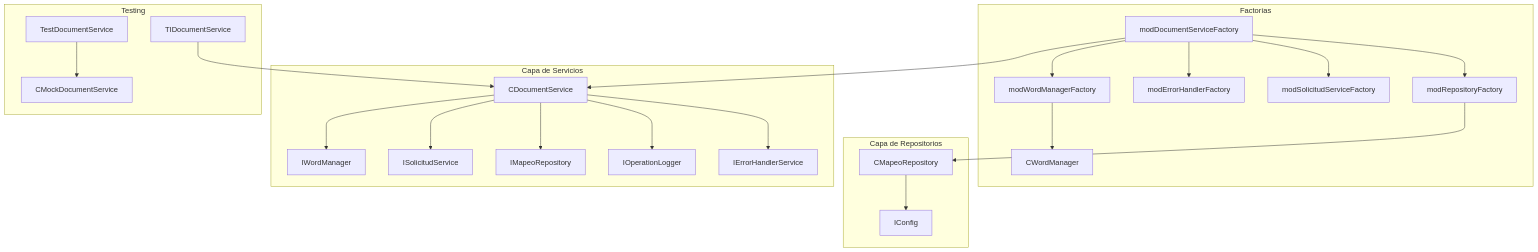
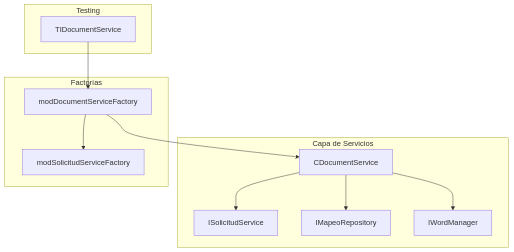
Before and after one commit to ardelperal/CONDOR: the second of 6 diagrams in docs/CONDOR_MASTER_PLAN.md, drawn with Mermaid. The commit also changed other lines of this file and 104 other files, not shown here.

````diff
--- a/docs/CONDOR_MASTER_PLAN.md
+++ b/docs/CONDOR_MASTER_PLAN.md
@@ -239,29 +238,17 @@
 ```mermaid
 graph TD
     subgraph "Capa de Servicios"
-        CDocumentService --> IWordManager
         CDocumentService --> ISolicitudService
         CDocumentService --> IMapeoRepository
-        CDocumentService --> IOperationLogger
-        CDocumentService --> IErrorHandlerService
-    end
-    
-    subgraph "Capa de Repositorios"
-        CMapeoRepository --> IConfig
+        CDocumentService --> IWordManager
     end
     
     subgraph "Factorías"
         modDocumentServiceFactory --> CDocumentService
-        modDocumentServiceFactory --> modWordManagerFactory
-        modDocumentServiceFactory --> modErrorHandlerFactory
         modDocumentServiceFactory --> modSolicitudServiceFactory
-        modDocumentServiceFactory --> modRepositoryFactory
-        modWordManagerFactory --> CWordManager
-        modRepositoryFactory --> CMapeoRepository
     end
     
     subgraph "Testing"
-        TestDocumentService --> CMockDocumentService
-        TIDocumentService --> CDocumentService
+        TIDocumentService --> modDocumentServiceFactory
     end
 ```
````
